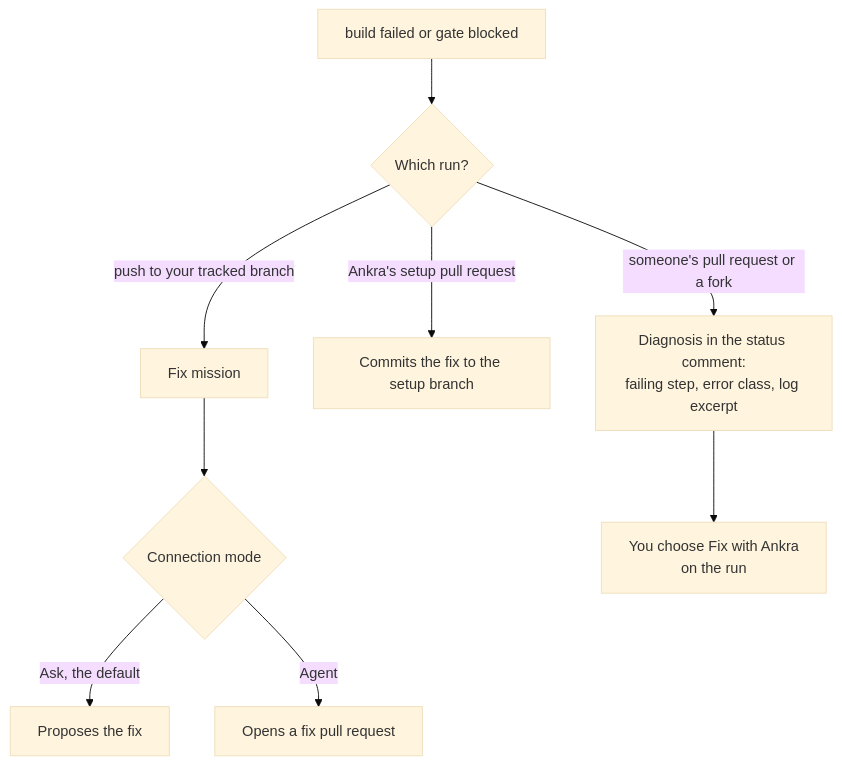
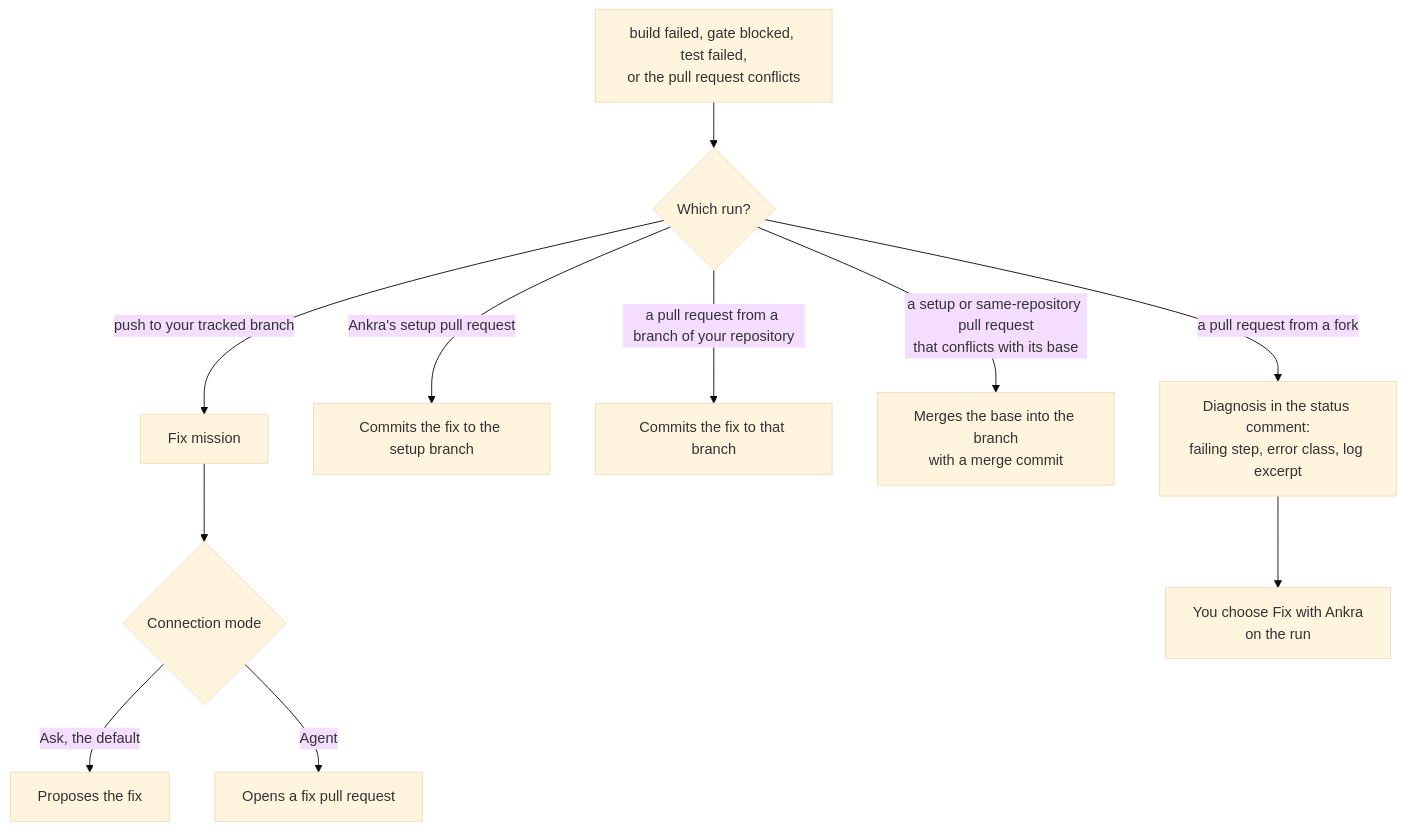
The third of 3 diagrams in pipelines/ai-in-pull-requests.mdx (ankraio/ankra-docs), drawn with Mermaid (base theme) before and after one commit. The commit also changed other lines of this file and 5 other files, not shown here.

First line of the commit message:
docs(applications): the fix loop commits to your own pull requests, setup stops before the PR when nothing can be built, clone an environment onto another cluster (ankra-ny5n66, ankra-fpxcke)

````diff
--- a/pipelines/ai-in-pull-requests.mdx
+++ b/pipelines/ai-in-pull-requests.mdx
@@ -125,11 +125,13 @@
 ```mermaid
 flowchart TD
-    Fail[build failed or gate blocked] --> Where{Which run?}
+    Fail[build failed, gate blocked, test failed,<br/>or the pull request conflicts] --> Where{Which run?}
     Where -->|push to your tracked branch| Mission[Fix mission]
     Mission --> Mode{Connection mode}
     Mode -->|Ask, the default| Propose[Proposes the fix]
     Mode -->|Agent| FixPR[Opens a fix pull request]
     Where -->|Ankra's setup pull request| Commit[Commits the fix to the setup branch]
-    Where -->|someone's pull request or a fork| Diag[Diagnosis in the status comment:<br/>failing step, error class, log excerpt]
+    Where -->|a pull request from a branch of your repository| Branch[Commits the fix to that branch]
+    Where -->|a setup or same-repository pull request<br/>that conflicts with its base| Merge[Merges the base into the branch<br/>with a merge commit]
+    Where -->|a pull request from a fork| Diag[Diagnosis in the status comment:<br/>failing step, error class, log excerpt]
     Diag --> Button[You choose Fix with Ankra<br/>on the run]
 ```
````
